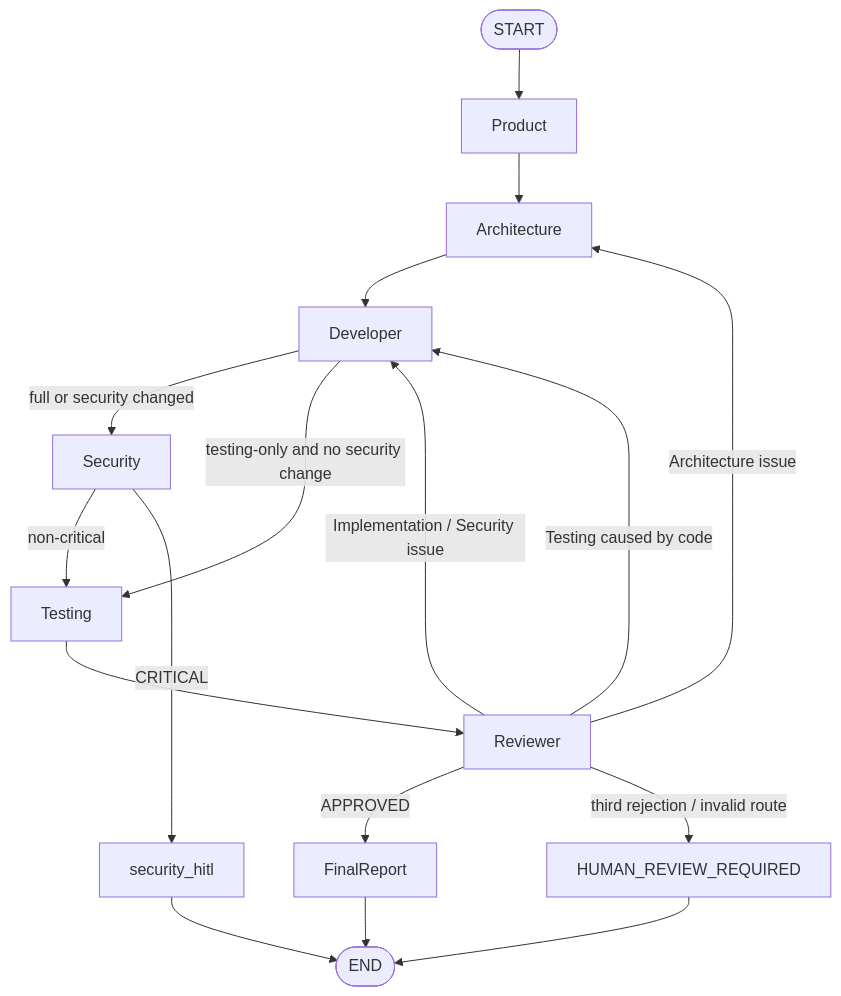
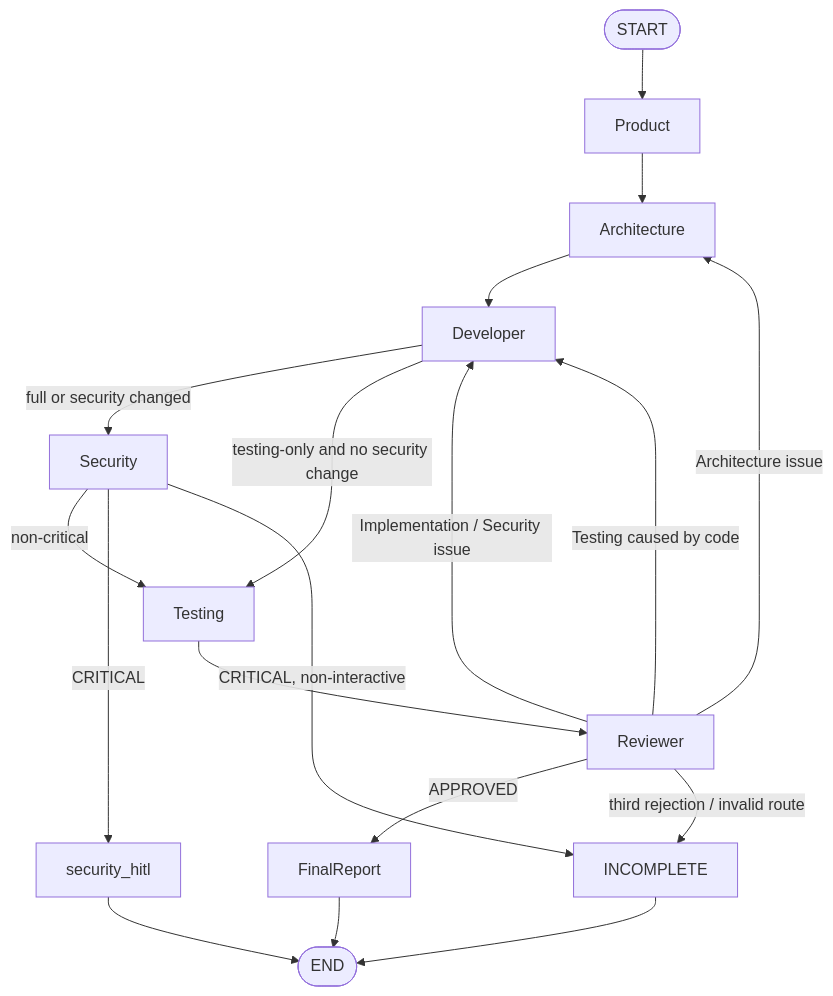
One commit to Jvillalobooos/MultiAgent-Software-Engineering-Team. changed the diagram in docs/diagrams/langgraph.md. Above: the diagram before and after it, drawn with Mermaid. The commit also changed other lines of this file and 18 other files, not shown here.

````diff
--- a/docs/diagrams/langgraph.md
+++ b/docs/diagrams/langgraph.md
@@ -3,19 +3,20 @@
 ```mermaid
 flowchart TD
     S([START]) --> P[Product]
     P --> A[Architecture]
     A --> D[Developer]
     D -->|full or security changed| SEC[Security]
     D -->|testing-only and no security change| T[Testing]
     SEC -->|non-critical| T
     SEC -->|CRITICAL| SH[security_hitl]
     T --> R[Reviewer]
     R -->|APPROVED| F[FinalReport]
     R -->|Architecture issue| A
     R -->|Implementation / Security issue| D
     R -->|Testing caused by code| D
-    R -->|third rejection / invalid route| H[HUMAN_REVIEW_REQUIRED]
+    R -->|third rejection / invalid route| I[INCOMPLETE]
+    SEC -->|CRITICAL, non-interactive| I
     SH --> E([END])
-    H --> E
+    I --> E
     F --> E
 ```
````
